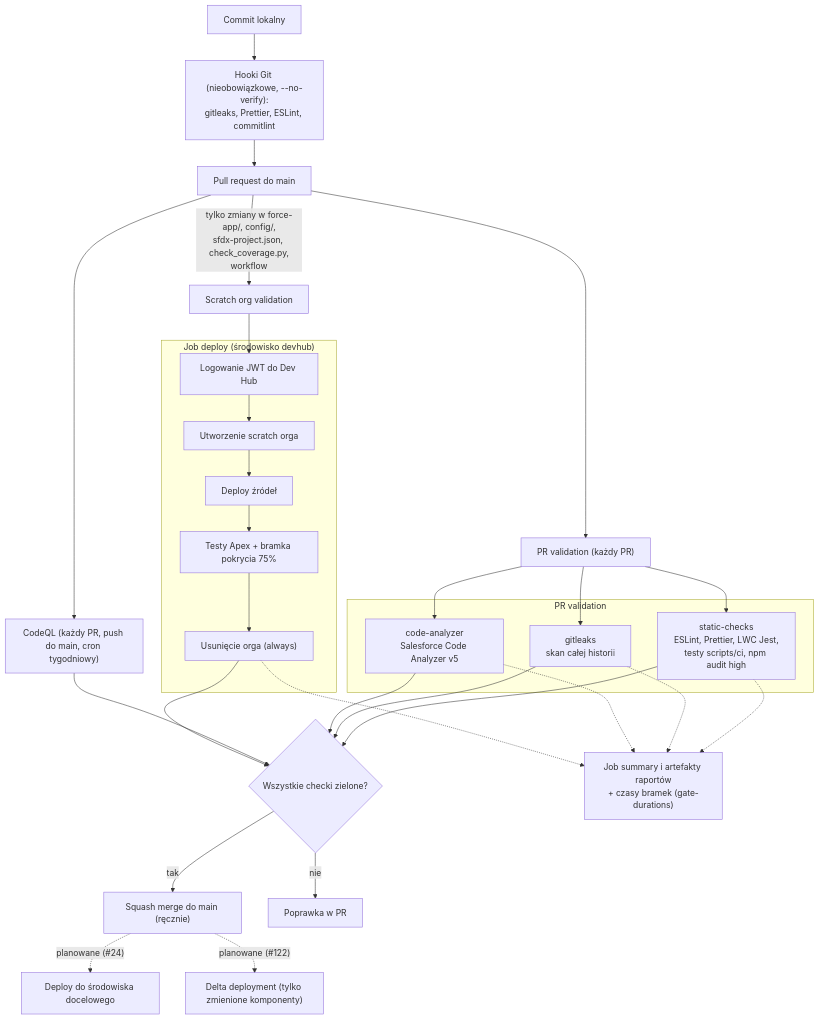
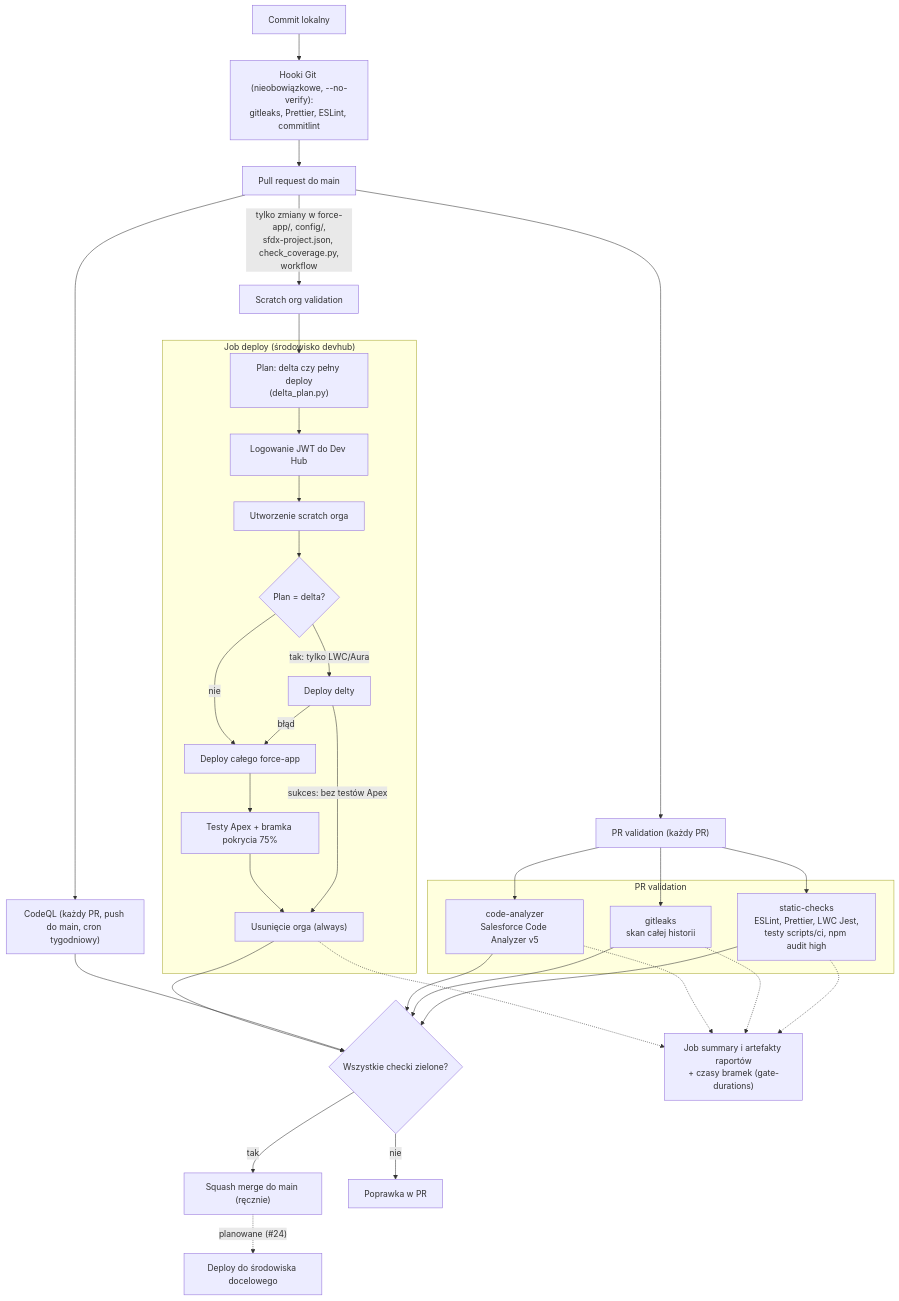
Before and after one commit to Yibux/insurance-app: the diagram in docs/architektura/potok-cicd.md, drawn with Mermaid. The commit also changed other lines of this file and 4 other files, not shown here.

Commit message:
feat(ci): restrict delta to LWC/Aura, add ADR 0011 and pipeline docs (#122)

````diff
--- a/docs/architektura/potok-cicd.md
+++ b/docs/architektura/potok-cicd.md
@@ -9,41 +9,45 @@
 ```mermaid
 flowchart TD
     DEV["Commit lokalny"] --> HOOKS["Hooki Git (nieobowiązkowe, --no-verify):<br/>gitleaks, Prettier, ESLint, commitlint"]
     HOOKS --> PR["Pull request do main"]
 
     PR --> PV["PR validation (każdy PR)"]
     PR --> CQ["CodeQL (każdy PR, push do main, cron tygodniowy)"]
     PR -->|"tylko zmiany w force-app/, config/,<br/>sfdx-project.json, check_coverage.py,<br/>workflow"| SO["Scratch org validation"]
 
     subgraph PV_JOBS["PR validation"]
         SC["static-checks<br/>ESLint, Prettier, LWC Jest,<br/>testy scripts/ci, npm audit high"]
         GL["gitleaks<br/>skan całej historii"]
         CA["code-analyzer<br/>Salesforce Code Analyzer v5"]
     end
     PV --> SC
     PV --> GL
     PV --> CA
 
     subgraph SO_JOBS["Job deploy (środowisko devhub)"]
-        A1["Logowanie JWT do Dev Hub"] --> A2["Utworzenie scratch orga"]
-        A2 --> A3["Deploy źródeł"]
-        A3 --> A4["Testy Apex + bramka pokrycia 75%"]
+        A0["Plan: delta czy pełny deploy<br/>(delta_plan.py)"] --> A1["Logowanie JWT do Dev Hub"]
+        A1 --> A2["Utworzenie scratch orga"]
+        A2 --> A3{"Plan = delta?"}
+        A3 -->|"tak: tylko LWC/Aura"| A3D["Deploy delty"]
+        A3D -->|"błąd"| A3F
+        A3 -->|"nie"| A3F["Deploy całego force-app"]
+        A3D -->|"sukces: bez testów Apex"| A5
+        A3F --> A4["Testy Apex + bramka pokrycia 75%"]
         A4 --> A5["Usunięcie orga (always)"]
     end
-    SO --> A1
+    SO --> A0
 
     SC --> GATE{"Wszystkie checki zielone?"}
     GL --> GATE
     CA --> GATE
     CQ --> GATE
     A5 --> GATE
     GATE -->|"tak"| MERGE["Squash merge do main (ręcznie)"]
     GATE -->|"nie"| FIX["Poprawka w PR"]
 
     MERGE -.->|"planowane (#24)"| DEPLOY["Deploy do środowiska docelowego"]
     SC -.-> REP["Job summary i artefakty raportów<br/>+ czasy bramek (gate-durations)"]
     GL -.-> REP
     CA -.-> REP
     A5 -.-> REP
-    MERGE -.->|"planowane (#122)"| DELTA["Delta deployment (tylko zmienione komponenty)"]
 ```
````
